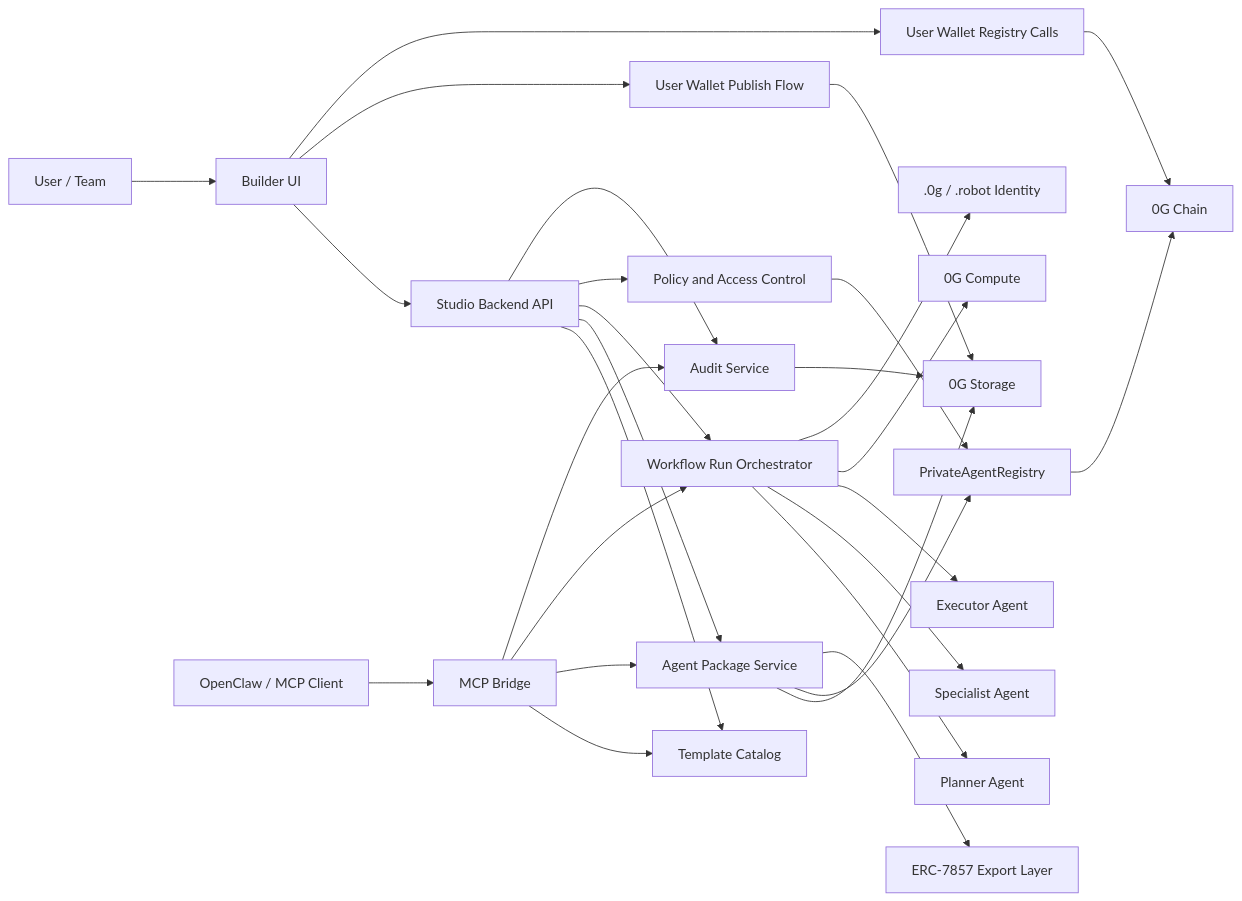
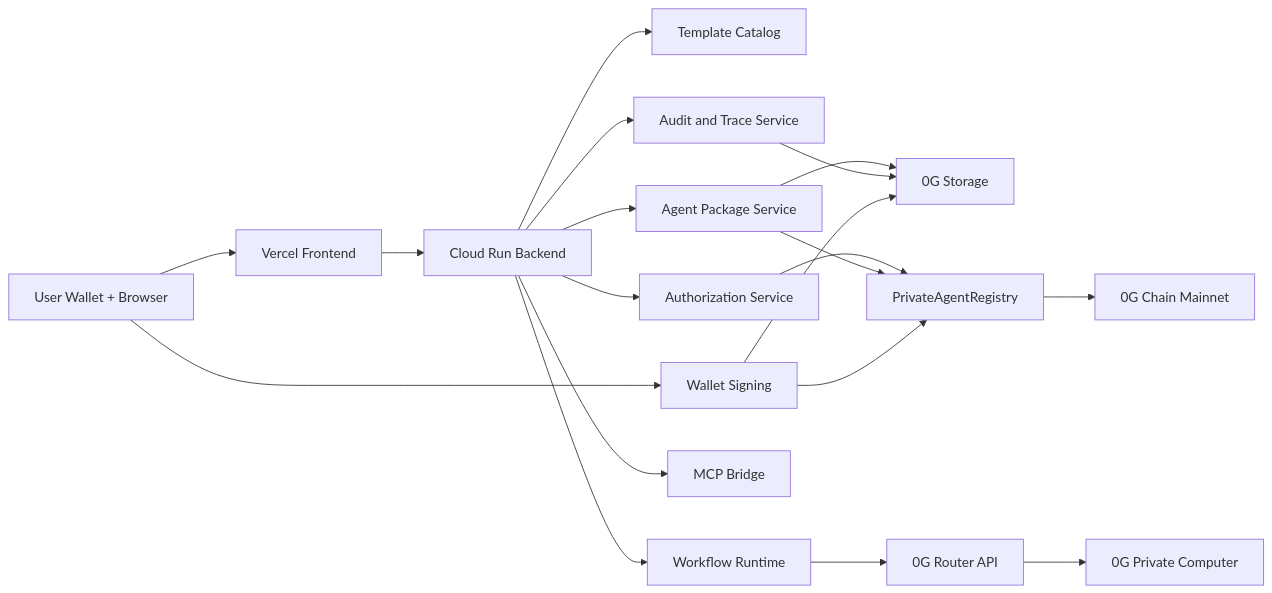
The first of 3 diagrams in ARCHITECTURE.md (N-45div/Private-Agent-Studio), drawn with Mermaid before and after one commit. The commit also changed other lines of this file and 1 other file, not shown here.

Commit message:
docs: polish product story and architecture

````diff
--- a/ARCHITECTURE.md
+++ b/ARCHITECTURE.md
@@ -24,33 +17,24 @@
 ```mermaid
 flowchart LR
-    U[User / Team] --> UI[Builder UI]
-    UI --> API[Studio Backend API]
-    OCLAW[OpenClaw / MCP Client] --> MCP[MCP Bridge]
+    User[User Wallet + Browser] --> UI[Vercel Frontend]
+    UI --> API[Cloud Run Backend]
 
-    API --> TPL[Template Catalog]
-    MCP --> TPL
-    API --> PKG[Agent Package Service]
-    MCP --> PKG
-    UI --> PUBLISH[User Wallet Publish Flow]
-    UI --> CHAIN[User Wallet Registry Calls]
-    API --> RUN[Workflow Run Orchestrator]
-    MCP --> RUN
-    API --> ACL[Policy and Access Control]
-    API --> AUDIT[Audit Service]
-    MCP --> AUDIT
+    API --> Templates[Template Catalog]
+    API --> Packages[Agent Package Service]
+    API --> Runtime[Workflow Runtime]
+    API --> Grants[Authorization Service]
+    API --> Audit[Audit and Trace Service]
+    API --> MCP[MCP Bridge]
 
-    RUN --> PLANNER[Planner Agent]
-    RUN --> SPECIALIST[Specialist Agent]
-    RUN --> EXECUTOR[Executor Agent]
+    Packages --> Storage[0G Storage]
+    Audit --> Storage
+    Runtime --> Router[0G Router API]
+    Router --> Compute[0G Private Computer]
+    Grants --> Registry[PrivateAgentRegistry]
+    Packages --> Registry
+    Registry --> Chain[0G Chain Mainnet]
 
-    PKG --> OGS[0G Storage]
-    PUBLISH --> OGS
-    AUDIT --> OGS
-    RUN --> OGCMP[0G Compute]
-    CHAIN --> OGC[0G Chain]
-    PKG --> REG[PrivateAgentRegistry]
-    ACL --> REG
-    REG --> OGC
-    PKG --> INFT[ERC-7857 Export Layer]
-    RUN --> ID[.0g / .robot Identity]
+    User --> Wallet[Wallet Signing]
+    Wallet --> Storage
+    Wallet --> Registry
 ```
````
